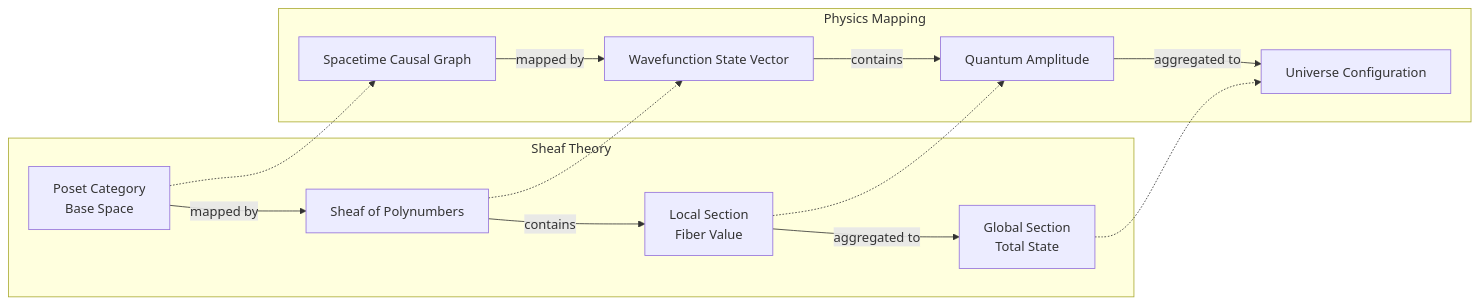
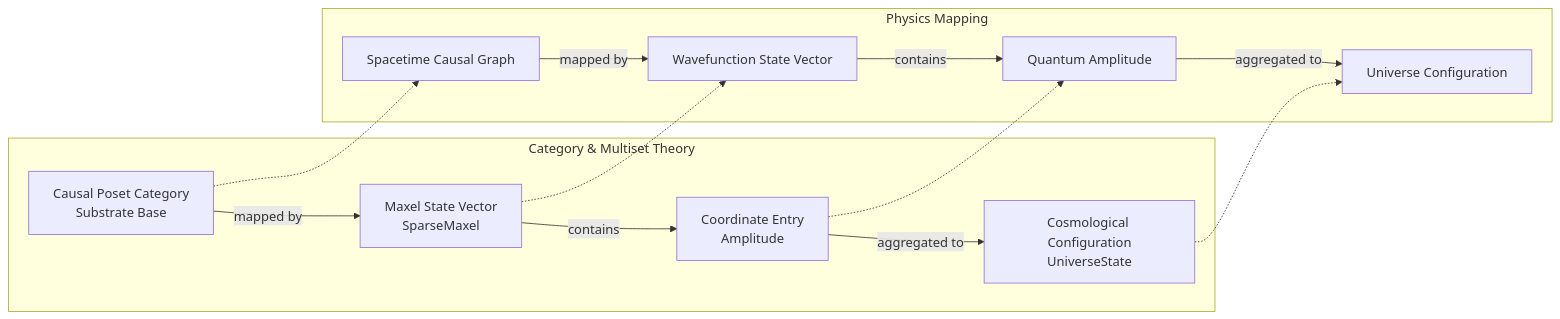
One commit to justinkelly-ie/idris2-Universe-Wiki changed the diagram in Library/Wiki/Simplex/olog.md. Above: the diagram before and after it, drawn with Mermaid. The commit also changed other lines of this file and 6 other files, not shown here.

Commit message:
docs: refactor wiki to prioritize discrete multiset and causal flow boundary terminology

````diff
--- a/Library/Wiki/Simplex/olog.md
+++ b/Library/Wiki/Simplex/olog.md
@@ -7,17 +7,17 @@
 ```mermaid
 graph LR
-    subgraph Sheaf Theory
-        A[Poset Category<br>Base Space] -->|mapped by| B[Sheaf of Polynumbers]
-        B -->|contains| C[Local Section<br>Fiber Value]
-        C -->|aggregated to| D[Global Section<br>Total State]
+    subgraph Category & Multiset Theory
+        A[Causal Poset Category<br/>Substrate Base] -->|mapped by| B[Maxel State Vector<br/>SparseMaxel]
+        B -->|contains| C[Coordinate Entry<br/>Amplitude]
+        C -->|aggregated to| D[Cosmological Configuration<br/>UniverseState]
     end
     subgraph Physics Mapping
         E[Spacetime Causal Graph] -->|mapped by| F[Wavefunction State Vector]
         F -->|contains| G[Quantum Amplitude]
         G -->|aggregated to| H[Universe Configuration]
     end
     A -.-> E
     B -.-> F
     C -.-> G
     D -.-> H
 ```
````
